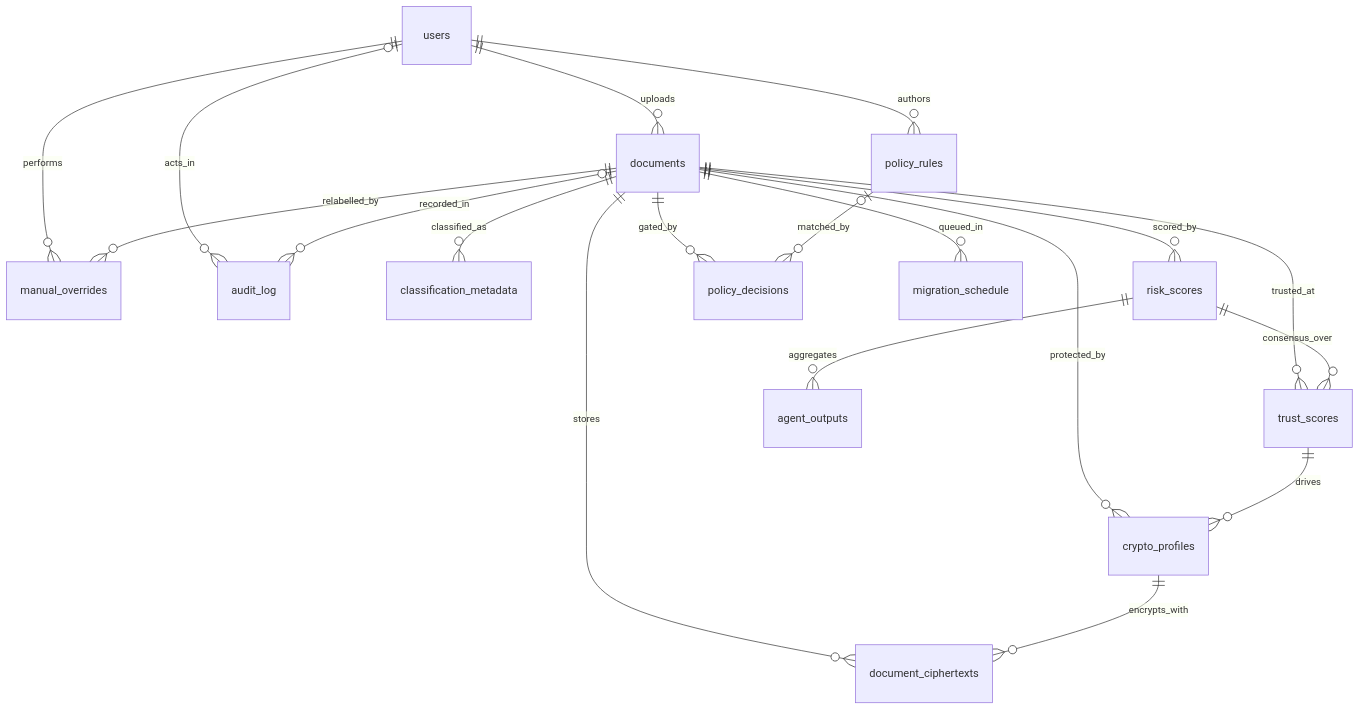
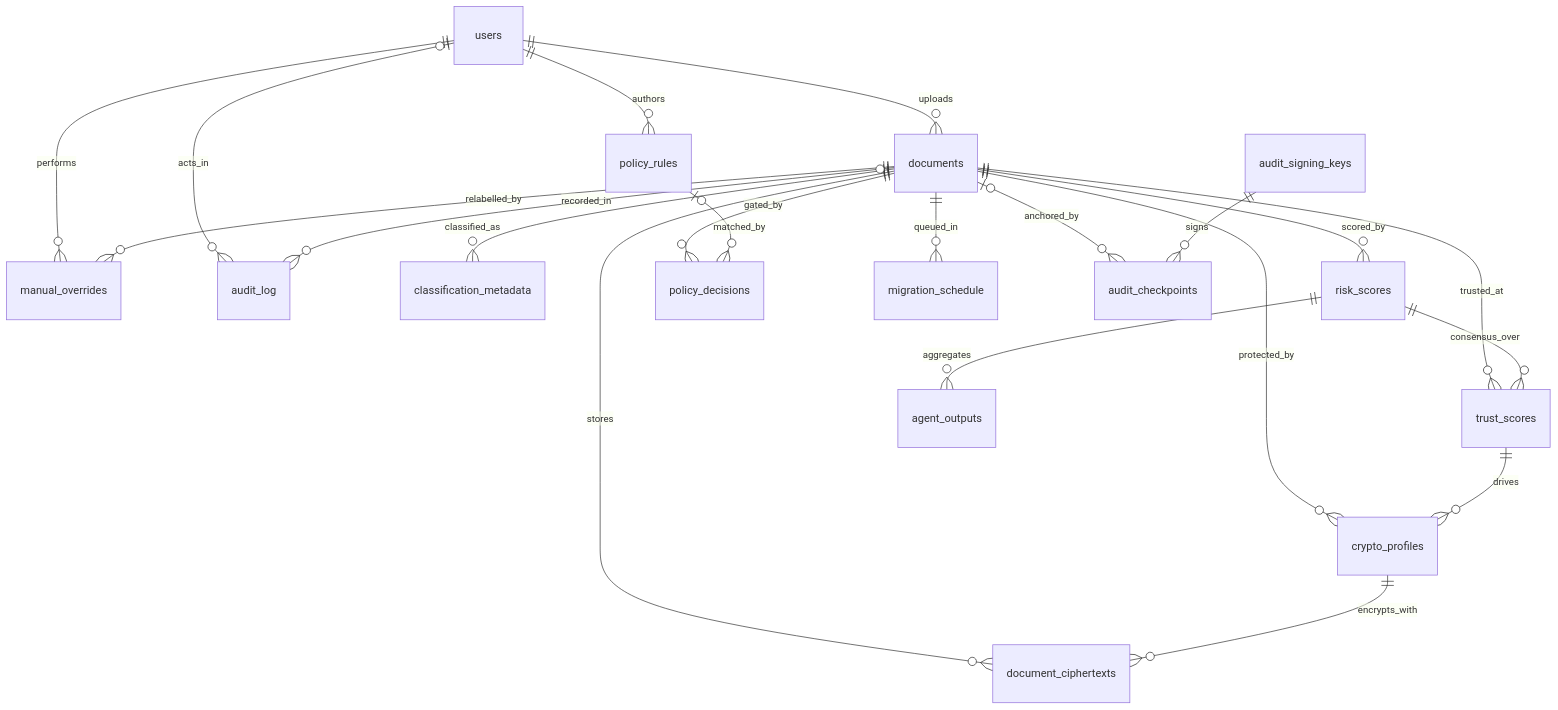
One commit to asapabhii/Q-AEGIS changed the diagram in docs/data-dictionary.md. Above: the diagram before and after it, drawn with Mermaid. The commit also changed other lines of this file and 192 other files, not shown here.

````diff
--- a/docs/data-dictionary.md
+++ b/docs/data-dictionary.md
@@ -101,23 +118,25 @@
 ```mermaid
 erDiagram
     users ||--o{ documents : uploads
     users ||--o{ manual_overrides : performs
     users ||--o{ policy_rules : authors
     users |o--o{ audit_log : acts_in
 
     documents ||--o{ classification_metadata : classified_as
     documents ||--o{ manual_overrides : relabelled_by
     documents ||--o{ risk_scores : scored_by
     documents ||--o{ trust_scores : trusted_at
     documents ||--o{ policy_decisions : gated_by
     documents ||--o{ crypto_profiles : protected_by
     documents ||--o{ document_ciphertexts : stores
     documents ||--o{ migration_schedule : queued_in
     documents |o--o{ audit_log : recorded_in
+    documents |o--o{ audit_checkpoints : anchored_by
 
     risk_scores ||--o{ agent_outputs : aggregates
     risk_scores ||--o{ trust_scores : consensus_over
     trust_scores ||--o{ crypto_profiles : drives
     crypto_profiles ||--o{ document_ciphertexts : encrypts_with
     policy_rules |o--o{ policy_decisions : matched_by
+    audit_signing_keys ||--o{ audit_checkpoints : signs
 ```
````
